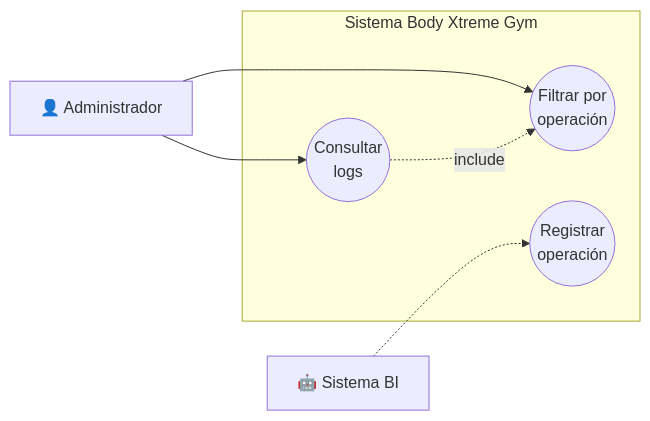
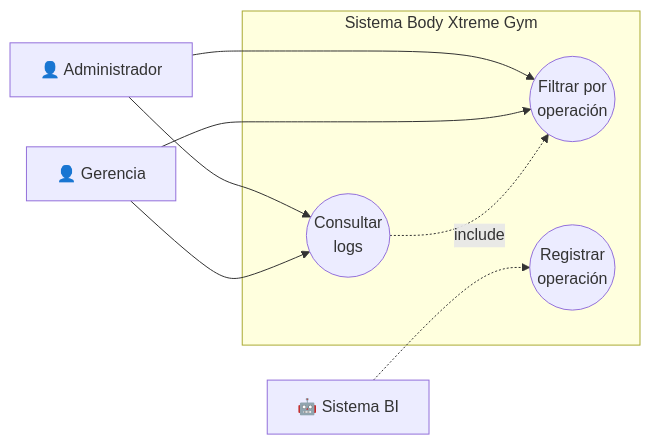
The ninth of 36 diagrams in DIAGRAMAS_TESIS.md (Tmine23/gym-core-system), drawn with Mermaid before and after one commit. The commit also changed other lines of this file, not shown here.

First line of the commit message:
docs: Completar documentación de tesis con todos los diagramas UML

````diff
--- a/DIAGRAMAS_TESIS.md
+++ b/DIAGRAMAS_TESIS.md
@@ -267,18 +267,21 @@
 ```mermaid
 flowchart LR
     Admin[👤 Administrador]
+    Gerencia[👤 Gerencia]
     SistemaBI[🤖 Sistema BI]
     
     subgraph Sistema["Sistema Body Xtreme Gym"]
         UC38((Consultar<br/>logs))
         UC39((Filtrar por<br/>operación))
         UC40((Registrar<br/>operación))
     end
     
     Admin --> UC38
     Admin --> UC39
+    Gerencia --> UC38
+    Gerencia --> UC39
     
     SistemaBI -.-> UC40
     
     UC38 -.->|include| UC39
 ```
````
